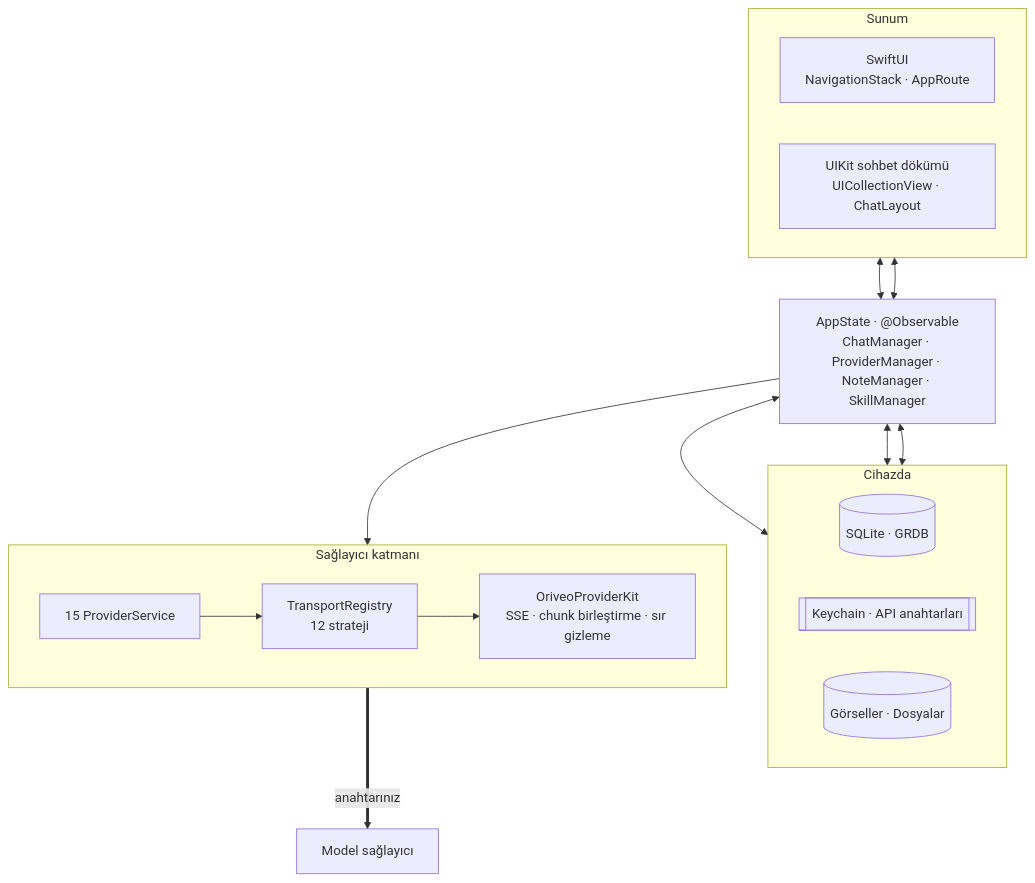
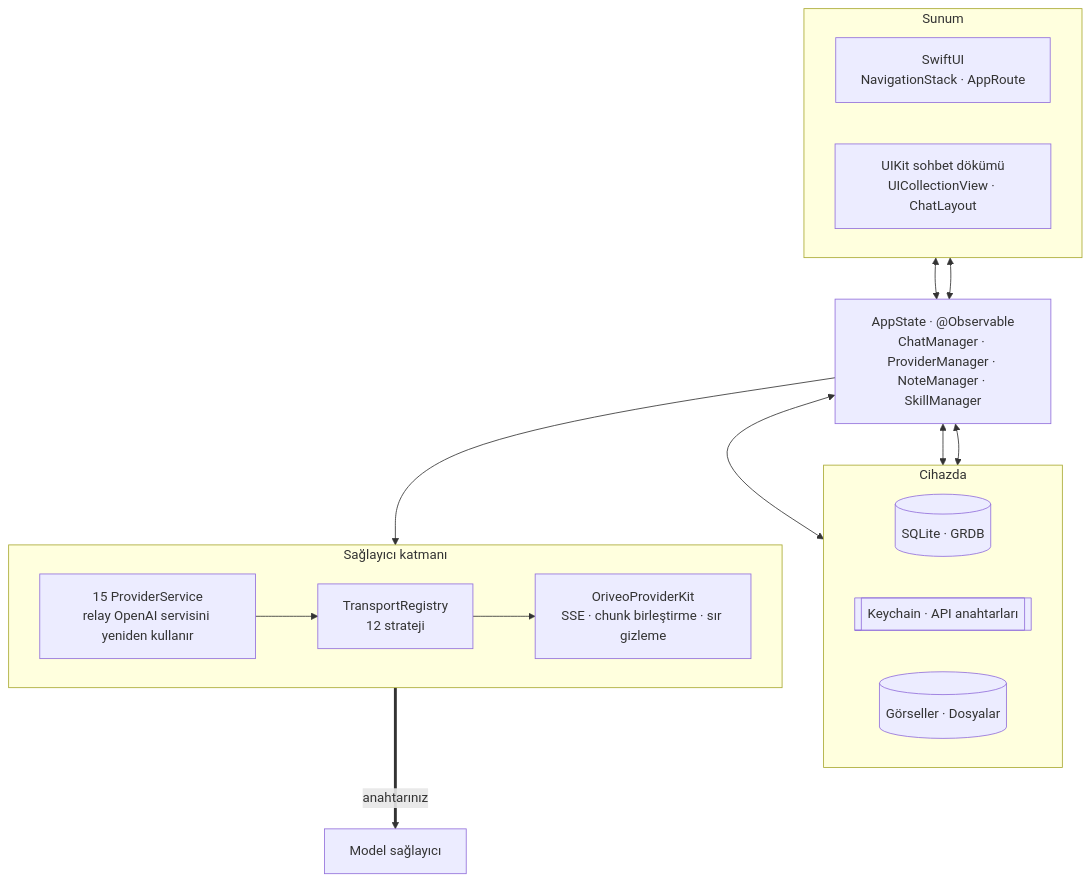
Before and after one commit to oriveo/oriveo: the first of 2 diagrams in readme_i18n/tr/ios.md, drawn with Mermaid. The commit also changed other lines of this file and 62 other files, not shown here.

````diff
--- a/readme_i18n/tr/ios.md
+++ b/readme_i18n/tr/ios.md
@@ -47,30 +47,30 @@
 ```mermaid
 flowchart TB
     subgraph ui ["Sunum"]
         direction LR
         swiftui["SwiftUI<br/>NavigationStack · AppRoute"]
         uikit["UIKit sohbet dökümü<br/>UICollectionView · ChatLayout"]
     end
 
     appstate["AppState · @Observable<br/>ChatManager · ProviderManager · NoteManager · SkillManager"]
 
     subgraph store ["Cihazda"]
         direction LR
         grdb[("SQLite · GRDB")]
         keychain[["Keychain · API anahtarları"]]
         files[("Görseller · Dosyalar")]
     end
 
     subgraph provider ["Sağlayıcı katmanı"]
         direction LR
-        services["15 ProviderService"]
+        services["15 ProviderService<br/>relay OpenAI servisini yeniden kullanır"]
         transports["TransportRegistry<br/>12 strateji"]
         kit["OriveoProviderKit<br/>SSE · chunk birleştirme · sır gizleme"]
     end
 
     swiftui & uikit <--> appstate
     appstate <--> grdb & keychain & files
     appstate --> services
     services --> transports --> kit
     kit ==>|"anahtarınız"| up["Model sağlayıcı"]
 ```
````
